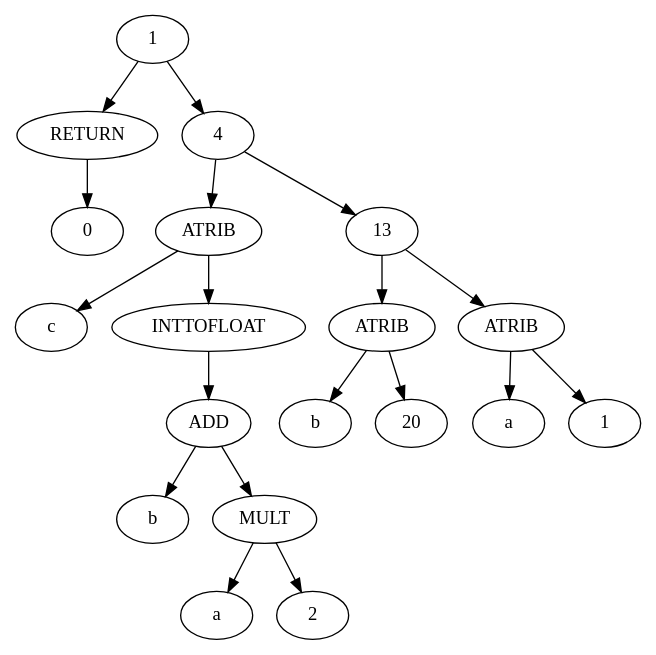
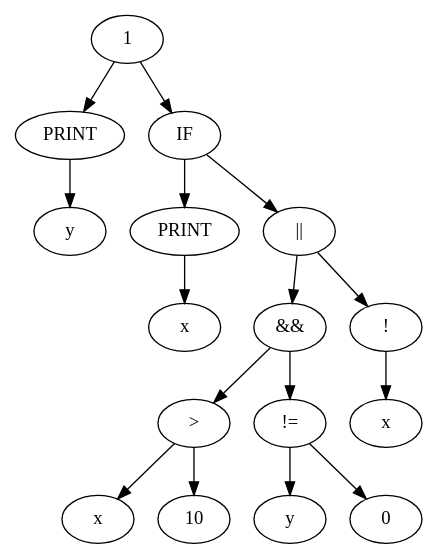
Before and after one commit to Kanchii/COM: the diagram in graph.dot, drawn with Graphviz. The commit also changed 7 other files, not shown here.

```diff
--- a/graph.dot
+++ b/graph.dot
@@ -1,36 +1,32 @@
 digraph G {
-	2 [label = "RETURN"];
-	3 [label = "0"];
-	5 [label = "ATRIB"];
-	6 [label = "c"];
-	7 [label = "INTTOFLOAT"];
-	8 [label = "ADD"];
-	9 [label = "b"];
-	10 [label = "MULT"];
-	11 [label = "a"];
-	12 [label = "2"];
-	14 [label = "ATRIB"];
-	15 [label = "b"];
-	16 [label = "20"];
-	17 [label = "ATRIB"];
-	18 [label = "a"];
-	19 [label = "1"];
+	2 [label = "PRINT"];
+	3 [label = "y"];
+	4 [label = "IF"];
+	5 [label = "PRINT"];
+	6 [label = "x"];
+	7 [label = "||"];
+	8 [label = "&&"];
+	9 [label = ">"];
+	10 [label = "x"];
+	11 [label = "10"];
+	12 [label = "!="];
+	13 [label = "y"];
+	14 [label = "0"];
+	15 [label = "!"];
+	16 [label = "x"];
 	1 -> 2;
 	2 -> 3;
 	1 -> 4;
 	4 -> 5;
 	5 -> 6;
-	5 -> 7;
+	4 -> 7;
 	7 -> 8;
 	8 -> 9;
-	8 -> 10;
-	10 -> 11;
-	10 -> 12;
-	4 -> 13;
-	13 -> 14;
-	14 -> 15;
-	14 -> 16;
-	13 -> 17;
-	17 -> 18;
-	17 -> 19;
+	9 -> 10;
+	9 -> 11;
+	8 -> 12;
+	12 -> 13;
+	12 -> 14;
+	7 -> 15;
+	15 -> 16;
 }
```
